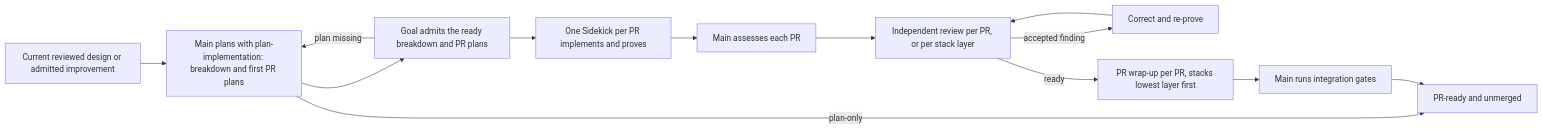
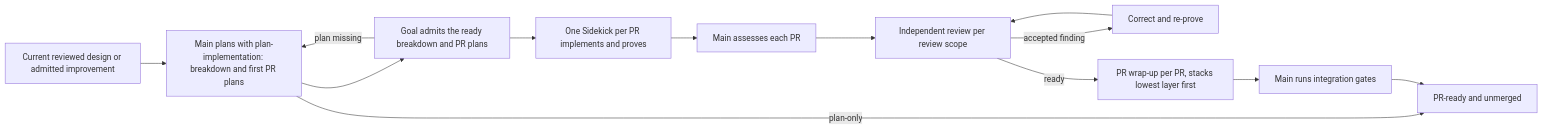
One commit to ShravanSunder/ai-tools changed the diagram in plugins/shravan-dev-workflow/skills/orchestrator-implementation-goal/README.md. Above: the diagram before and after it, drawn with Mermaid. The commit also changed other lines of this file and 2 other files, not shown here.

Commit message:
Run F: orchestrator-implementation-goal — cut to one home per fact

````diff
--- a/plugins/shravan-dev-workflow/skills/orchestrator-implementation-goal/README.md
+++ b/plugins/shravan-dev-workflow/skills/orchestrator-implementation-goal/README.md
@@ -7,15 +7,15 @@
 ```mermaid
 flowchart LR
     A[Current reviewed design or admitted improvement] --> P[Main plans with plan-implementation: breakdown and first PR plans]
     P -->|plan-only| G[Requested terminal]
     P --> B[Goal admits the ready breakdown and PR plans]
     B -->|plan missing| P
     B --> C[One Sidekick per PR implements and proves]
     C --> H[Main assesses each PR]
-    H --> D[Independent review per PR, or per stack layer]
+    H --> D[Independent review per review scope]
     D -->|accepted finding| E[Correct and re-prove]
     E --> D
     D -->|ready| F[PR wrap-up per PR, stacks lowest layer first]
     F --> I[Main runs integration gates]
     I --> G[PR-ready and unmerged]
 ```
````
